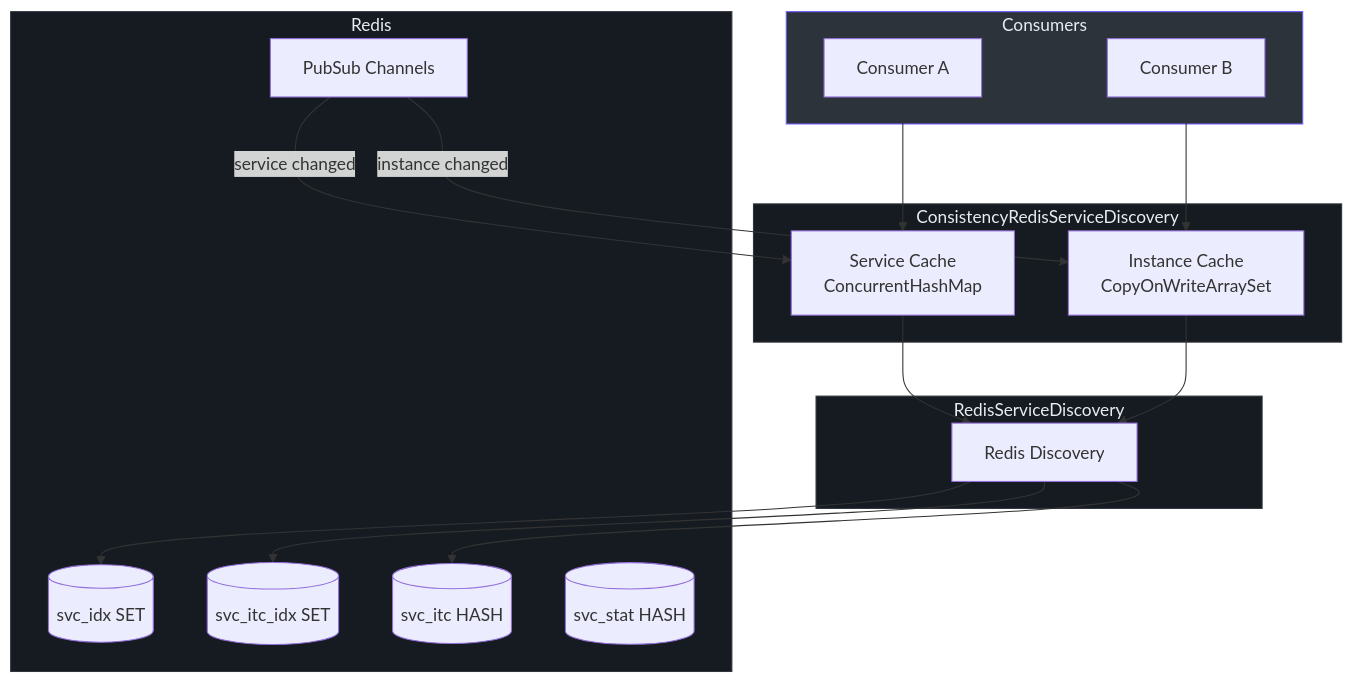
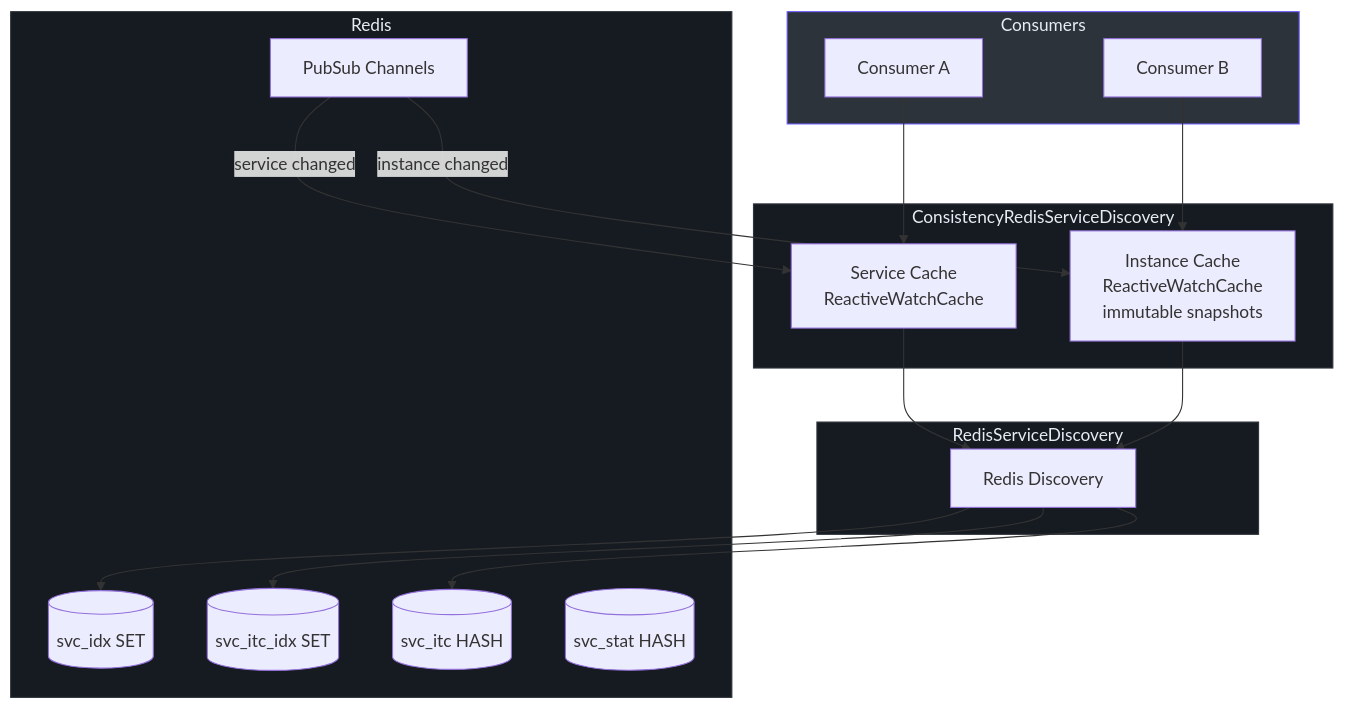
Before and after one commit to Ahoo-Wang/CoSky: the fourth of 4 diagrams in wiki/guide/service-discovery.md, drawn with Mermaid. The commit also changed other lines of this file and 201 other files, not shown here.

First line of the commit message:
Architecture & quality overhaul: consistent caches, Lua modularization, expiry reaping, security hardening (#985)

````diff
--- a/wiki/guide/service-discovery.md
+++ b/wiki/guide/service-discovery.md
@@ -179,39 +180,39 @@
 ```mermaid
 flowchart TB
     subgraph Consumers
         C1[Consumer A]
         C2[Consumer B]
     end
 
     subgraph ConsistencyRedisServiceDiscovery
-        CS[Service Cache<br>ConcurrentHashMap]
-        CI[Instance Cache<br>CopyOnWriteArraySet]
+        CS[Service Cache<br>ReactiveWatchCache]
+        CI[Instance Cache<br>ReactiveWatchCache<br>immutable snapshots]
     end
 
     subgraph RedisServiceDiscovery
         RSD[Redis Discovery]
     end
 
     subgraph Redis
         IDX[(svc_idx SET)]
         ITC[(svc_itc_idx SET)]
         HASH[(svc_itc HASH)]
         STAT[(svc_stat HASH)]
         PUB[PubSub Channels]
     end
 
     C1 --> CS
     C2 --> CI
     CS --> RSD
     CI --> RSD
     RSD --> IDX
     RSD --> ITC
     RSD --> HASH
     PUB -->|service changed| CS
     PUB -->|instance changed| CI
 
     style Consumers fill:#2d333b,stroke:#6d5dfc,color:#e6edf3
     style ConsistencyRedisServiceDiscovery fill:#161b22,stroke:#30363d,color:#e6edf3
     style RedisServiceDiscovery fill:#161b22,stroke:#30363d,color:#e6edf3
     style Redis fill:#161b22,stroke:#30363d,color:#e6edf3
 ```
````
